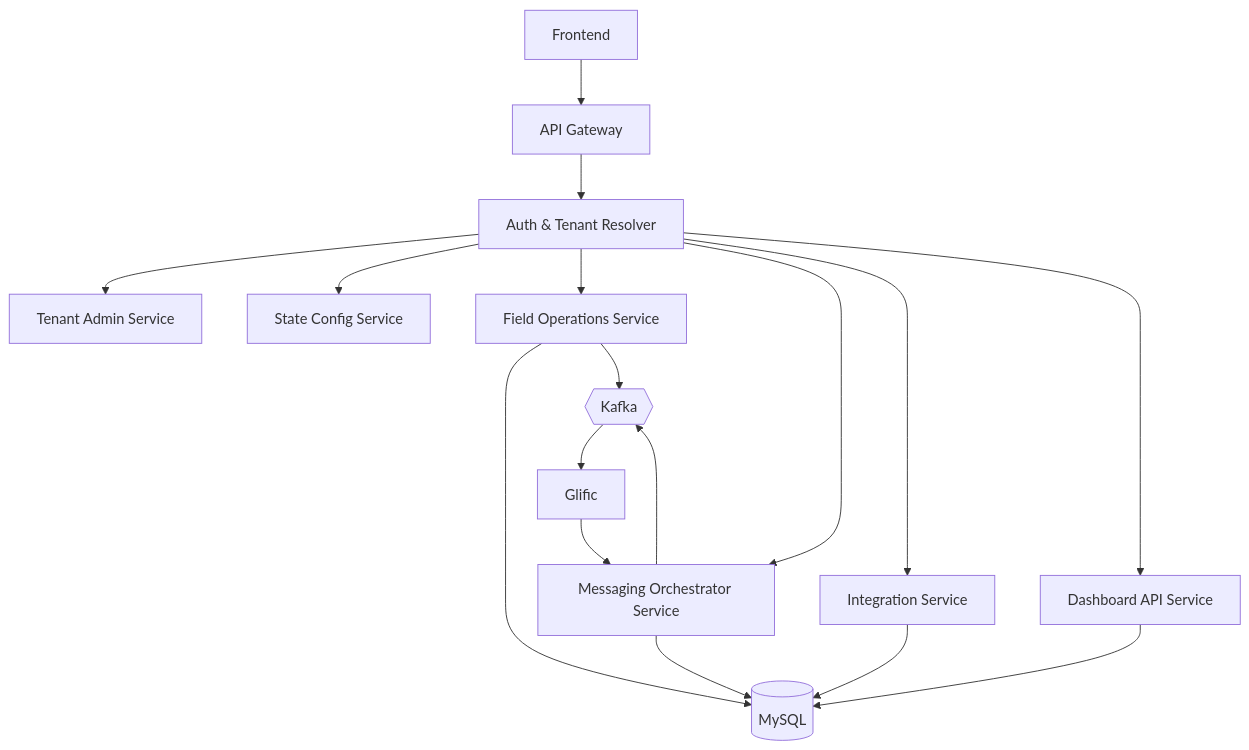
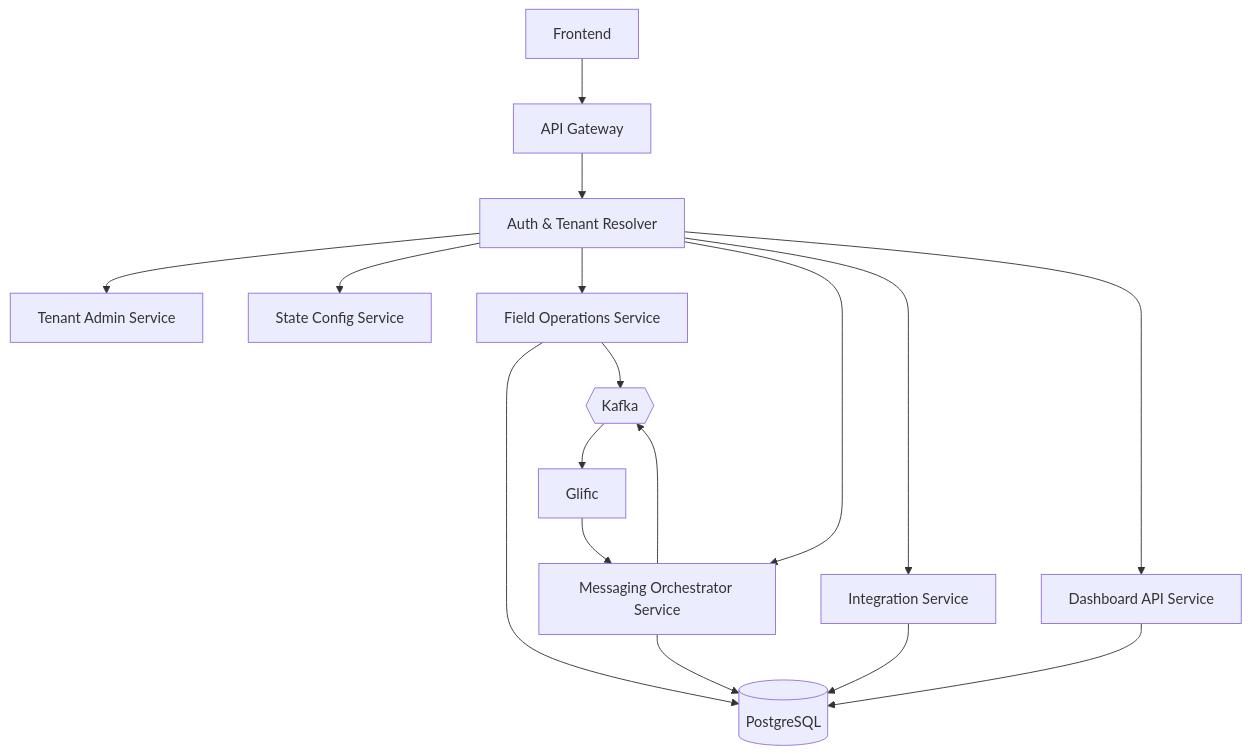
The second of 2 diagrams in docs/gitbook/technical-architecture.md (arghyam/JalSoochakV2), drawn with Mermaid before and after one commit. The commit also changed other lines of this file and 7 other files, not shown here.

````diff
--- a/docs/gitbook/technical-architecture.md
+++ b/docs/gitbook/technical-architecture.md
@@ -124,19 +124,19 @@
 ```mermaid
 graph TD
     A[API Gateway] --> B[Auth & Tenant Resolver]
     B --> C[Tenant Admin Service]
     B --> D[State Config Service]
     B --> E[Field Operations Service]
     B --> F[Messaging Orchestrator Service]
     B --> G[Integration Service]
     B --> H[Dashboard API Service]
-    E --> I[(MySQL)]
+    E --> I[(PostgreSQL)]
     F --> I
     G --> I
     H --> I
     F --> J{{"Kafka"}}
     E --> J
     J --> K[Glific]
     L[Frontend] --> A
     K --> F
 ```
````
